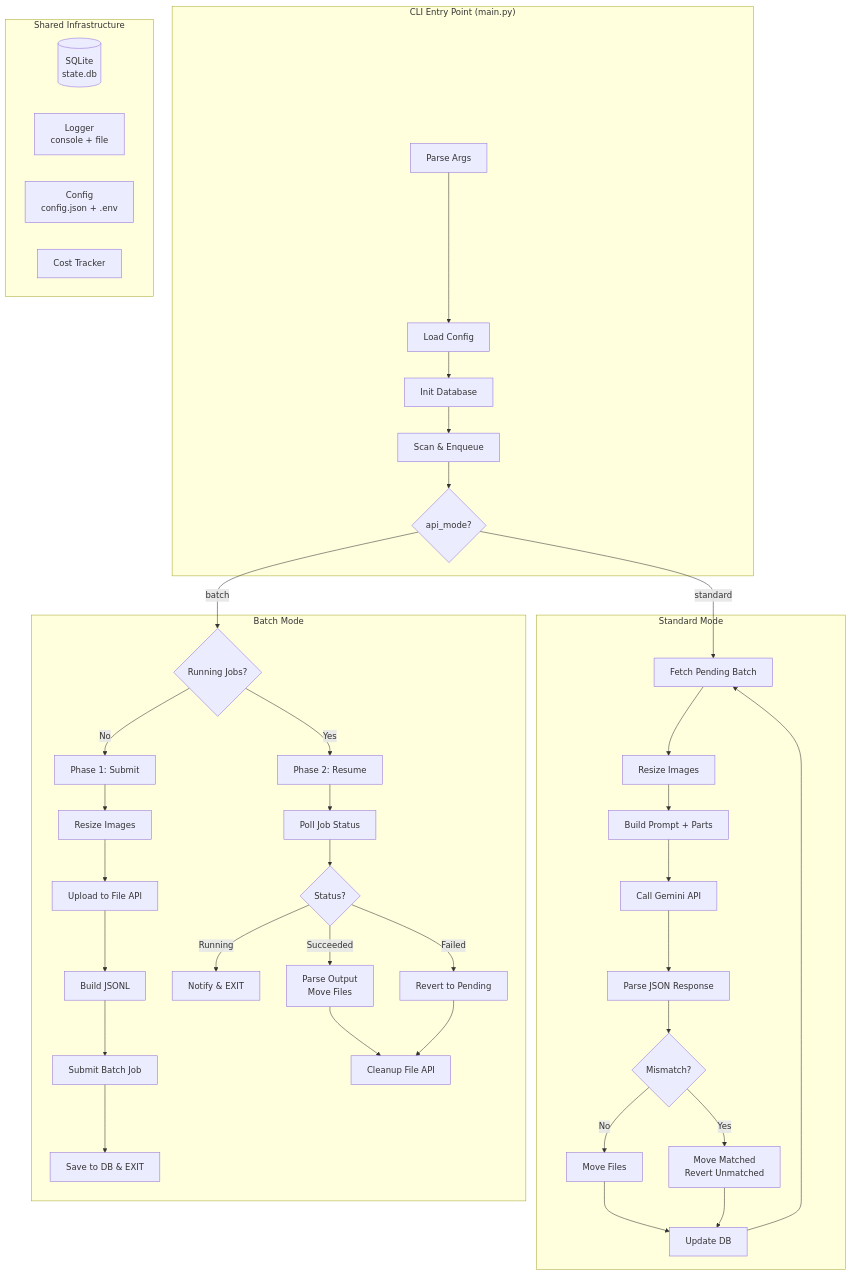
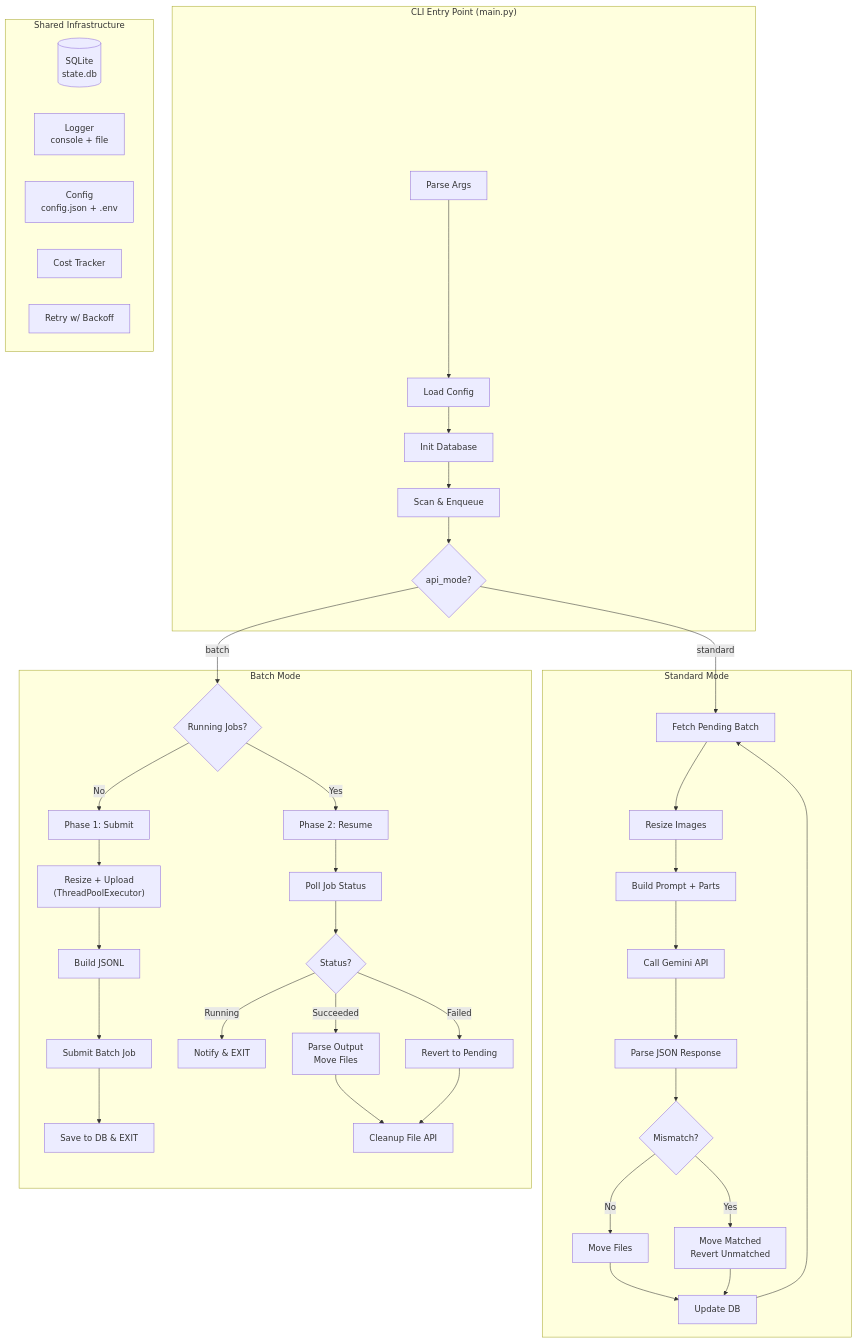
One commit to jadia/whatsapp_images_sort changed the first of 4 diagrams in docs/architecture.md. Above: the diagram before and after it, drawn with Mermaid. The commit also changed other lines of this file and 16 other files, not shown here.

Commit message:
feat: Implement robust retry logic with exponential backoff, add parallel file deletion to cleanup script, and enhance API cost tracking.

````diff
--- a/docs/architecture.md
+++ b/docs/architecture.md
@@ -7,50 +7,50 @@
 ```mermaid
 graph TB
     subgraph CLI["CLI Entry Point (main.py)"]
         A[Parse Args] --> B[Load Config]
         B --> C[Init Database]
         C --> D[Scan & Enqueue]
         D --> E{api_mode?}
     end
 
     subgraph Standard["Standard Mode"]
         E -->|standard| F[Fetch Pending Batch]
         F --> G[Resize Images]
         G --> H[Build Prompt + Parts]
         H --> I[Call Gemini API]
         I --> J[Parse JSON Response]
         J --> K{Mismatch?}
         K -->|No| L[Move Files]
         K -->|Yes| M[Move Matched\nRevert Unmatched]
         L --> N[Update DB]
         M --> N
         N --> F
     end
 
     subgraph Batch["Batch Mode"]
         E -->|batch| O{Running Jobs?}
         O -->|No| P[Phase 1: Submit]
         O -->|Yes| Q[Phase 2: Resume]
 
-        P --> P1[Resize Images]
-        P1 --> P2[Upload to File API]
-        P2 --> P3[Build JSONL]
+        P --> P1["Resize + Upload\n(ThreadPoolExecutor)"]
+        P1 --> P3[Build JSONL]
         P3 --> P4[Submit Batch Job]
         P4 --> P5[Save to DB & EXIT]
 
         Q --> Q1[Poll Job Status]
         Q1 --> Q2{Status?}
         Q2 -->|Running| Q3[Notify & EXIT]
         Q2 -->|Succeeded| Q4[Parse Output\nMove Files]
         Q2 -->|Failed| Q5[Revert to Pending]
         Q4 --> Q6[Cleanup File API]
         Q5 --> Q6
     end
 
     subgraph Shared["Shared Infrastructure"]
         DB[(SQLite\nstate.db)]
         LOG[Logger\nconsole + file]
         CFG[Config\nconfig.json + .env]
         COST[Cost Tracker]
+        RETRY[Retry w/ Backoff]
     end
 ```
````
